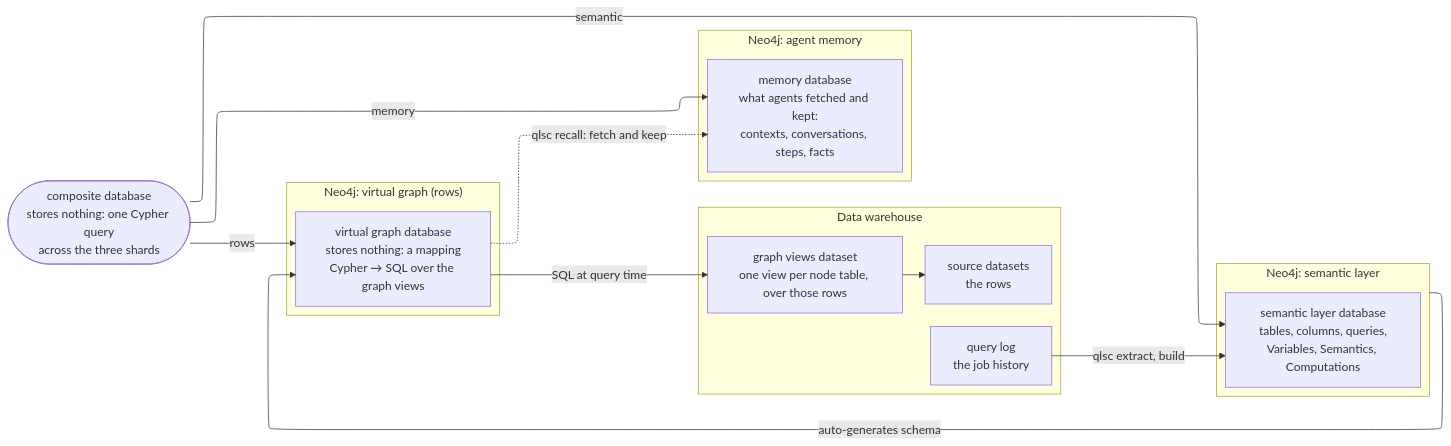
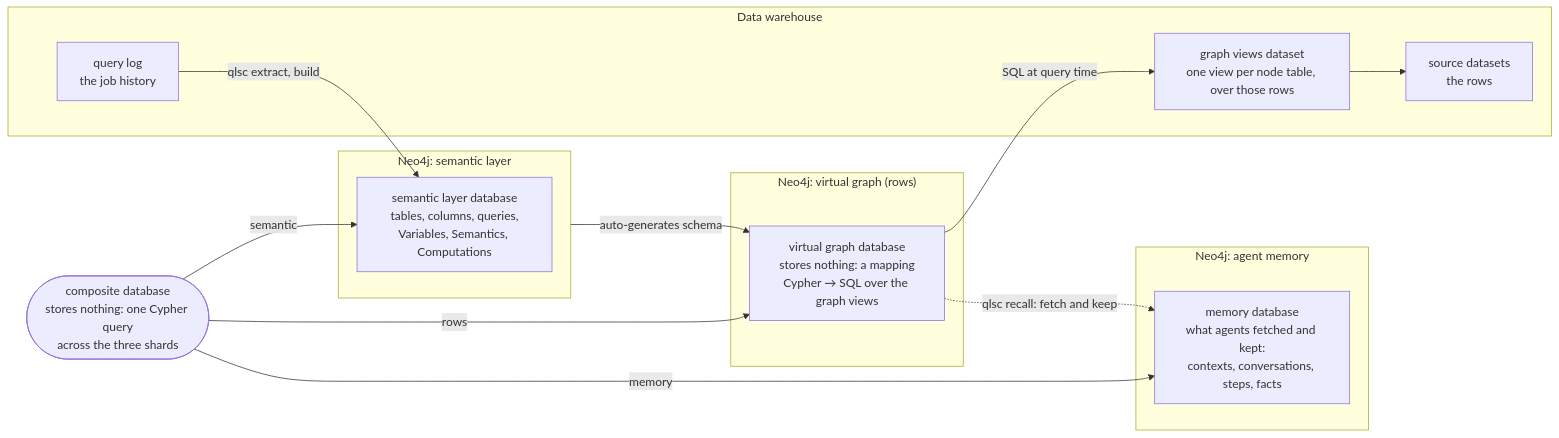
One commit to jeffneo/semantic-context changed the first of 2 diagrams in README.md. Above: the diagram before and after it, drawn with Mermaid.

Commit message:
retry README update

````diff
--- a/README.md
+++ b/README.md
@@ -27,29 +27,25 @@
 ```mermaid
----
-config:
-  layout: elk
----
 flowchart LR
  subgraph W["Data warehouse"]
         R["source datasets<br>the rows"]
         V["graph views dataset<br>one view per node table, over those rows"]
         L["query log<br>the job history"]
   end
  subgraph SEM["Neo4j: semantic layer"]
         S["semantic layer database<br>tables, columns, queries,<br>Variables, Semantics, Computations"]
   end
  subgraph VGR["Neo4j: virtual graph (rows)"]
         G["virtual graph database<br>stores nothing: a mapping<br>Cypher → SQL over the graph views"]
   end
  subgraph MEMG["Neo4j: agent memory"]
         MEM["memory database<br>what agents fetched and kept:<br>contexts, conversations, steps, facts"]
   end
     L -- qlsc extract, build --> S
     V --> R
     G -- SQL at query time --> V
     G -. qlsc recall: fetch and keep .-> MEM
     C(["composite database<br>stores nothing: one Cypher query<br>across the three shards"]) -- semantic --> S
     C -- rows --> G
     C -- memory --> MEM
     SEM -- "auto-generates schema" --> G
 ```
````
